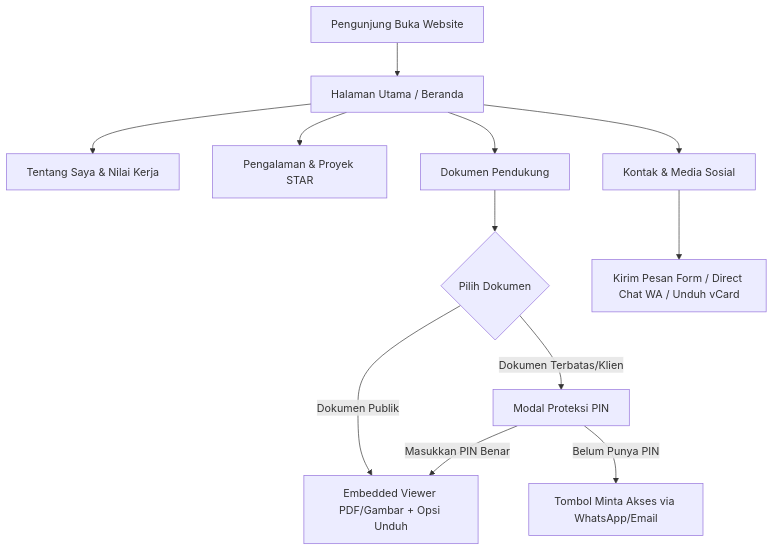
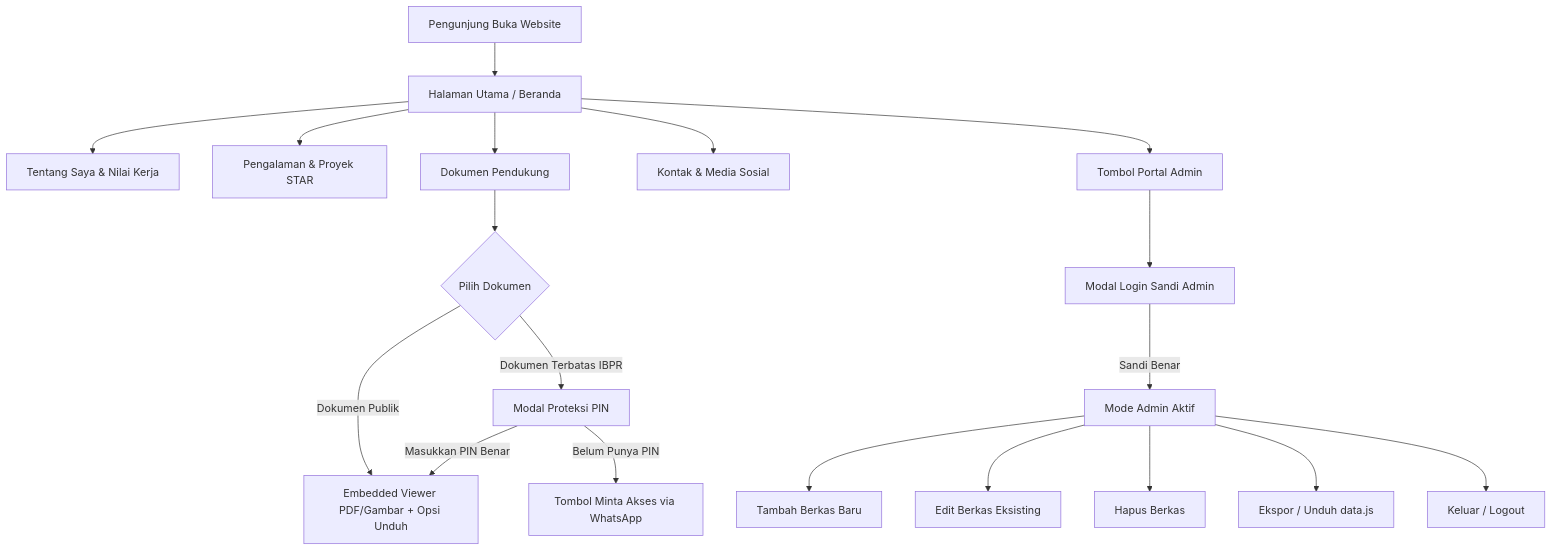
One commit to erwinardinurcahyo3-rgb/portfolio changed the diagram in prd.md. Above: the diagram before and after it, drawn with Mermaid. The commit also changed other lines of this file and 2 other files, not shown here.

````diff
--- a/prd.md
+++ b/prd.md
@@ -37,17 +41,24 @@
 ```mermaid
 graph TD
     A[Pengunjung Buka Website] --> B[Halaman Utama / Beranda]
     B --> C[Tentang Saya & Nilai Kerja]
     B --> D[Pengalaman & Proyek STAR]
     B --> E[Dokumen Pendukung]
     B --> F[Kontak & Media Sosial]
 
     E --> G{Pilih Dokumen}
     G -->|Dokumen Publik| H[Embedded Viewer PDF/Gambar + Opsi Unduh]
-    G -->|Dokumen Terbatas/Klien| I[Modal Proteksi PIN]
+    G -->|Dokumen Terbatas IBPR| I[Modal Proteksi PIN]
     
     I -->|Masukkan PIN Benar| H
-    I -->|Belum Punya PIN| J[Tombol Minta Akses via WhatsApp/Email]
+    I -->|Belum Punya PIN| J[Tombol Minta Akses via WhatsApp]
     
-    F --> K[Kirim Pesan Form / Direct Chat WA / Unduh vCard]
+    B --> K[Tombol Portal Admin]
+    K --> L[Modal Login Sandi Admin]
+    L -->|Sandi Benar| M[Mode Admin Aktif]
+    M --> N[Tambah Berkas Baru]
+    M --> O[Edit Berkas Eksisting]
+    M --> P[Hapus Berkas]
+    M --> Q[Ekspor / Unduh data.js]
+    M --> R[Keluar / Logout]
 ```
````
